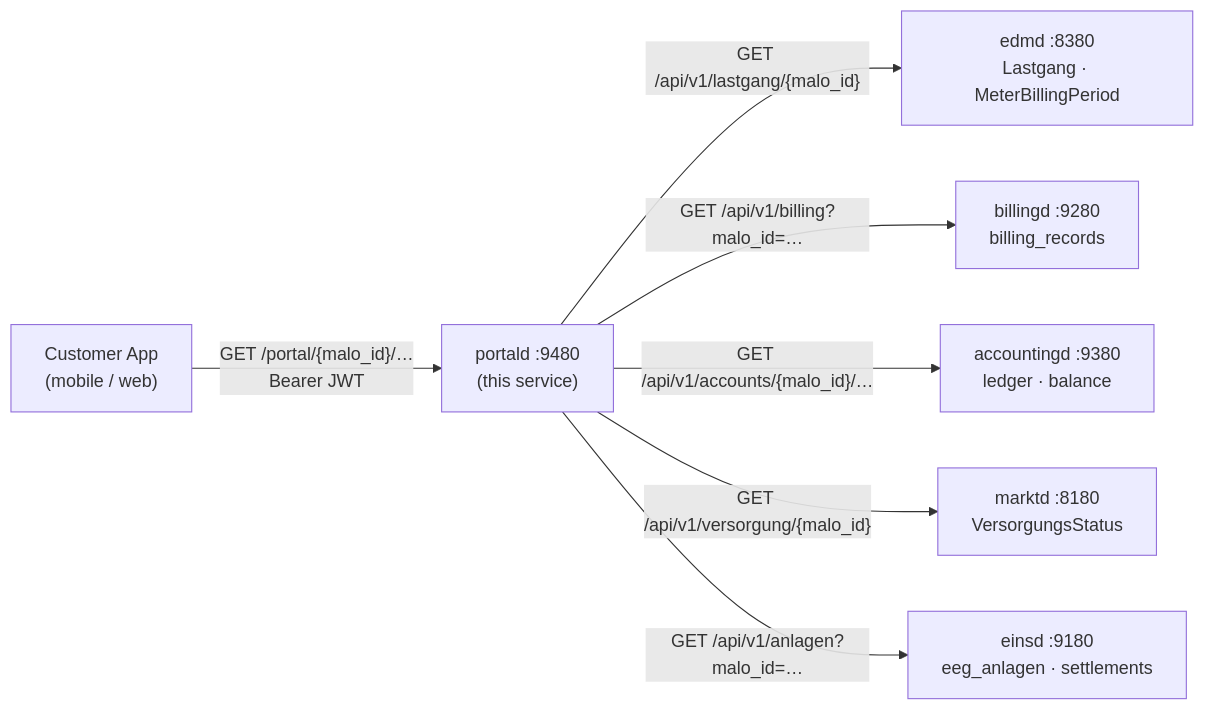
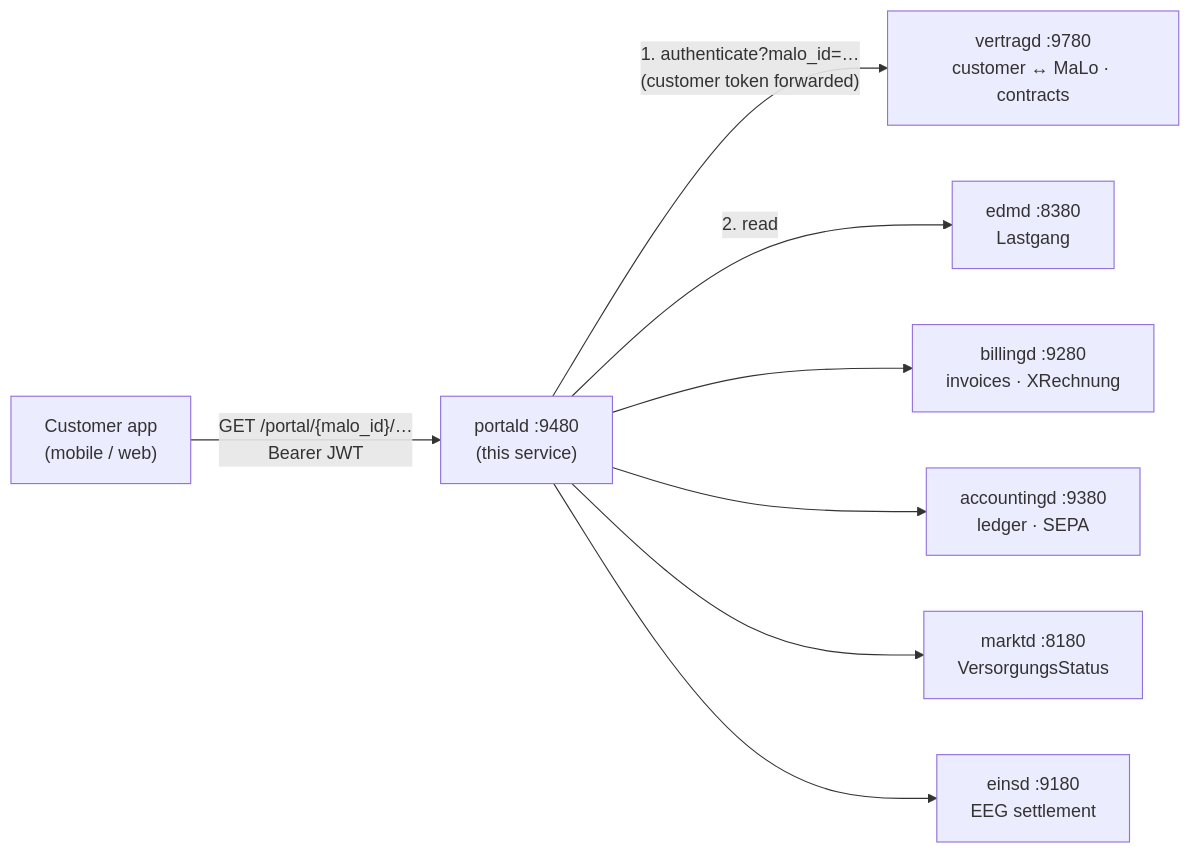
The diagram in site/content/docs/services/portald.md (hupe1980/mako), drawn with Mermaid before and after one commit. The commit also changed other lines of this file and 63 other files, not shown here.

````diff
--- a/site/content/docs/services/portald.md
+++ b/site/content/docs/services/portald.md
@@ -13,18 +14,20 @@
 ```mermaid
 graph LR
-    customer["Customer App<br/>(mobile / web)"]
+    customer["Customer app<br/>(mobile / web)"]
     portald["portald :9480<br/>(this service)"]
+    vertragd["vertragd :9780<br/>customer ↔ MaLo · contracts"]
 
-    edmd["edmd :8380<br/>Lastgang · MeterBillingPeriod"]
-    billingd["billingd :9280<br/>billing_records"]
-    accountingd["accountingd :9380<br/>ledger · balance"]
+    edmd["edmd :8380<br/>Lastgang"]
+    billingd["billingd :9280<br/>invoices · XRechnung"]
+    accountingd["accountingd :9380<br/>ledger · SEPA"]
     marktd["marktd :8180<br/>VersorgungsStatus"]
-    einsd["einsd :9180<br/>eeg_anlagen · settlements"]
+    einsd["einsd :9180<br/>EEG settlement"]
 
     customer -->|"GET /portal/{malo_id}/…<br/>Bearer JWT"| portald
-    portald -->|"GET /api/v1/lastgang/{malo_id}"| edmd
-    portald -->|"GET /api/v1/billing?malo_id=…"| billingd
-    portald -->|"GET /api/v1/accounts/{malo_id}/…"| accountingd
-    portald -->|"GET /api/v1/versorgung/{malo_id}"| marktd
-    portald -->|"GET /api/v1/anlagen?malo_id=…"| einsd
+    portald -->|"1. authenticate?malo_id=…<br/>(customer token forwarded)"| vertragd
+    portald -->|"2. read"| edmd
+    portald --> billingd
+    portald --> accountingd
+    portald --> marktd
+    portald --> einsd
 ```
````
